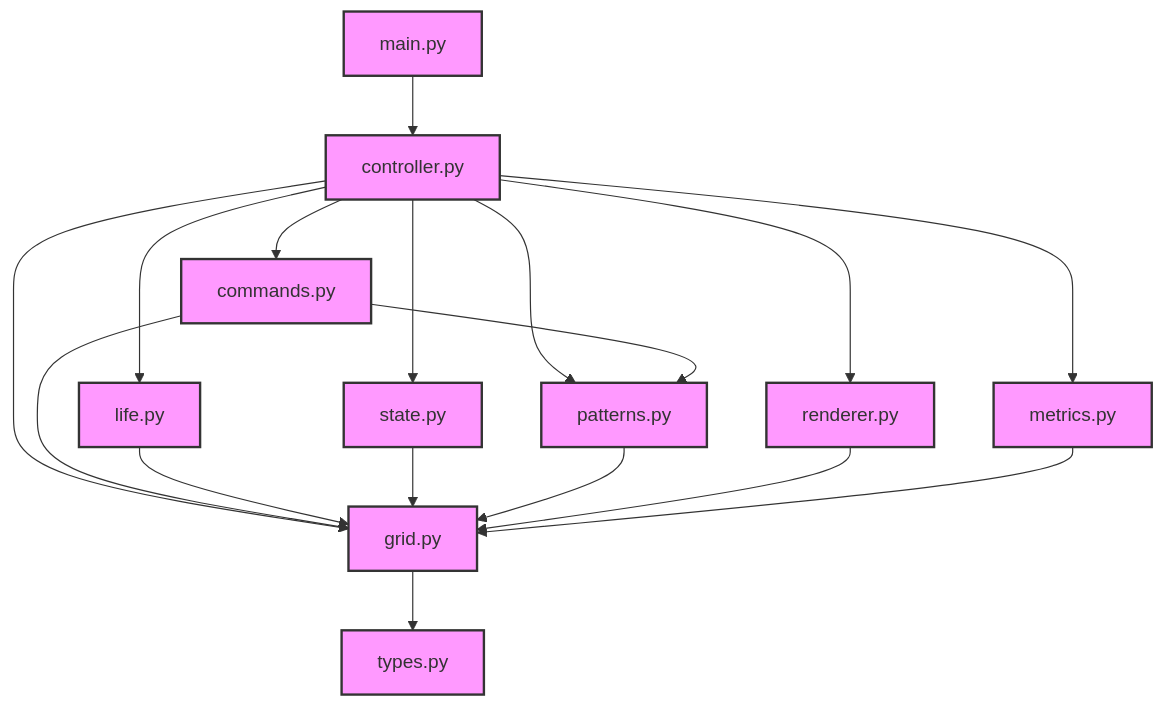
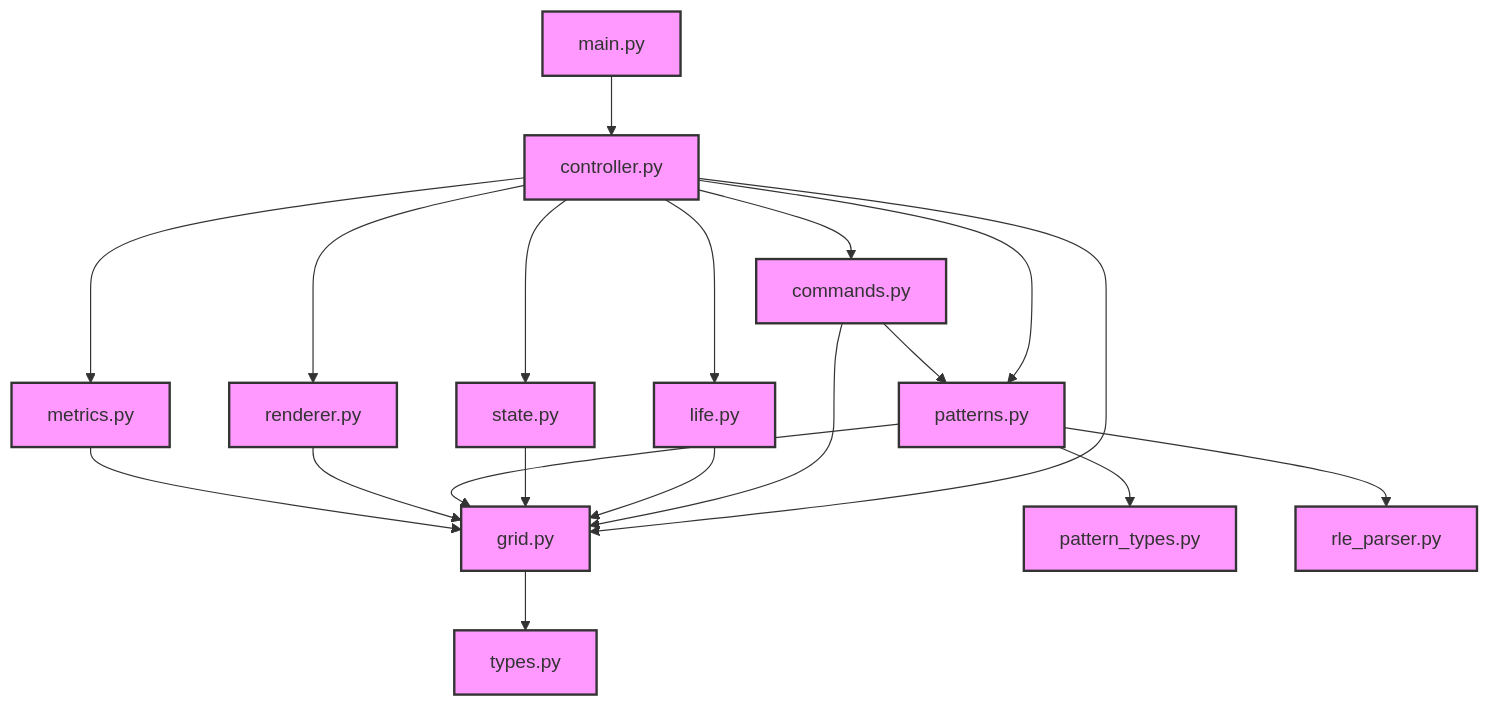
One commit to dewe/py-gol changed the diagram in docs/dependencies.md. Above: the diagram before and after it, drawn with Mermaid. The commit also changed other lines of this file and 4 other files, not shown here.

````diff
--- a/docs/dependencies.md
+++ b/docs/dependencies.md
@@ -22,22 +18,24 @@
 ```mermaid
 graph TD
     A[main.py] --> B[controller.py]
     B --> C[commands.py]
     B --> D[grid.py]
     B --> E[life.py]
     B --> F[state.py]
     B --> G[patterns.py]
     B --> H[renderer.py]
     B --> I[metrics.py]
     C --> D
     C --> G
+    G --> K[pattern_types.py]
+    G --> L[rle_parser.py]
     D --> J[types.py]
     E --> D
     F --> D
     G --> D
     H --> D
     I --> D
 
     classDef module fill:#f9f,stroke:#333,stroke-width:2px
-    class A,B,C,D,E,F,G,H,I,J module
+    class A,B,C,D,E,F,G,H,I,J,K,L module
 ```
````
